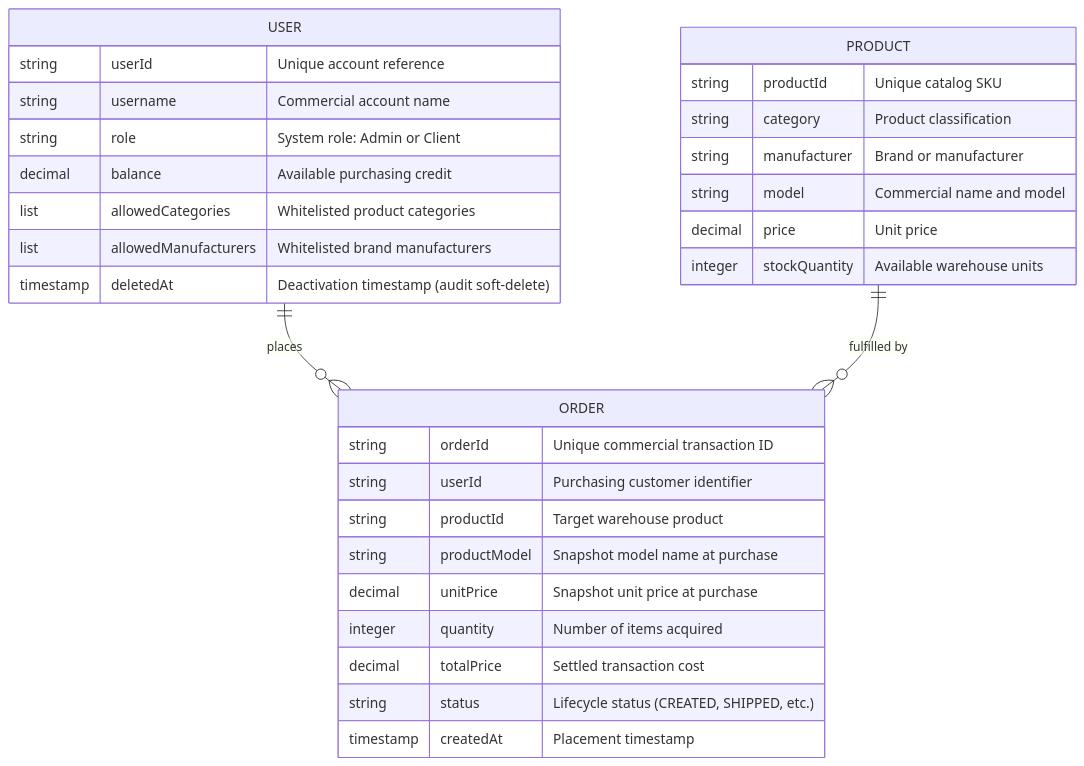
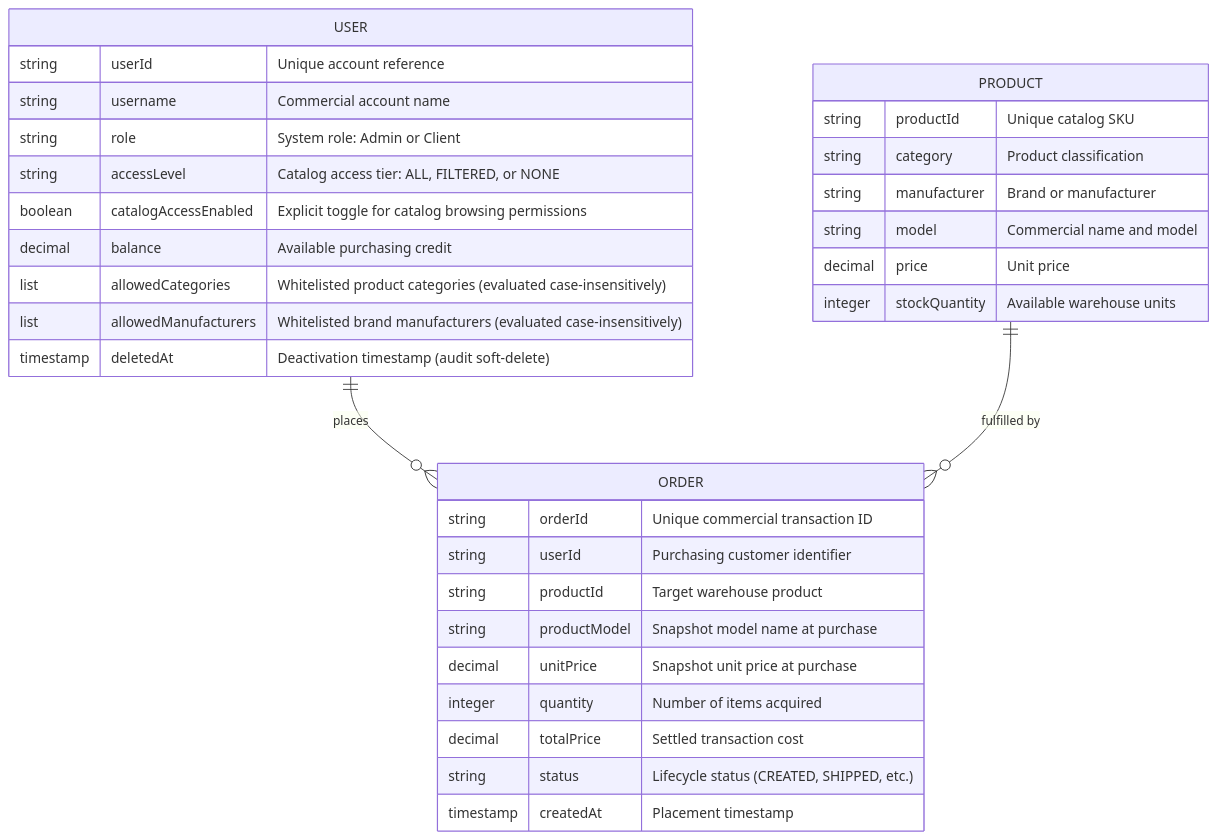
Before and after one commit to altregubov/warehouse-rest-test-app: the second of 4 diagrams in specs/CLIENT_SPEC.md, drawn with Mermaid. The commit also changed other lines of this file and 14 other files, not shown here.

First line of the commit message:
fix: normalize catalog filter case-sensitivity and clarify access denial semantics

````diff
--- a/specs/CLIENT_SPEC.md
+++ b/specs/CLIENT_SPEC.md
@@ -87,36 +87,38 @@
 ```mermaid
 erDiagram
     USER ||--o{ ORDER : "places"
     PRODUCT ||--o{ ORDER : "fulfilled by"
 
     USER {
         string userId "Unique account reference"
         string username "Commercial account name"
         string role "System role: Admin or Client"
+        string accessLevel "Catalog access tier: ALL, FILTERED, or NONE"
+        boolean catalogAccessEnabled "Explicit toggle for catalog browsing permissions"
         decimal balance "Available purchasing credit"
-        list allowedCategories "Whitelisted product categories"
-        list allowedManufacturers "Whitelisted brand manufacturers"
+        list allowedCategories "Whitelisted product categories (evaluated case-insensitively)"
+        list allowedManufacturers "Whitelisted brand manufacturers (evaluated case-insensitively)"
         timestamp deletedAt "Deactivation timestamp (audit soft-delete)"
     }
 
     PRODUCT {
         string productId "Unique catalog SKU"
         string category "Product classification"
         string manufacturer "Brand or manufacturer"
         string model "Commercial name and model"
         decimal price "Unit price"
         integer stockQuantity "Available warehouse units"
     }
 
     ORDER {
         string orderId "Unique commercial transaction ID"
         string userId "Purchasing customer identifier"
         string productId "Target warehouse product"
         string productModel "Snapshot model name at purchase"
         decimal unitPrice "Snapshot unit price at purchase"
         integer quantity "Number of items acquired"
         decimal totalPrice "Settled transaction cost"
         string status "Lifecycle status (CREATED, SHIPPED, etc.)"
         timestamp createdAt "Placement timestamp"
     }
 ```
````
